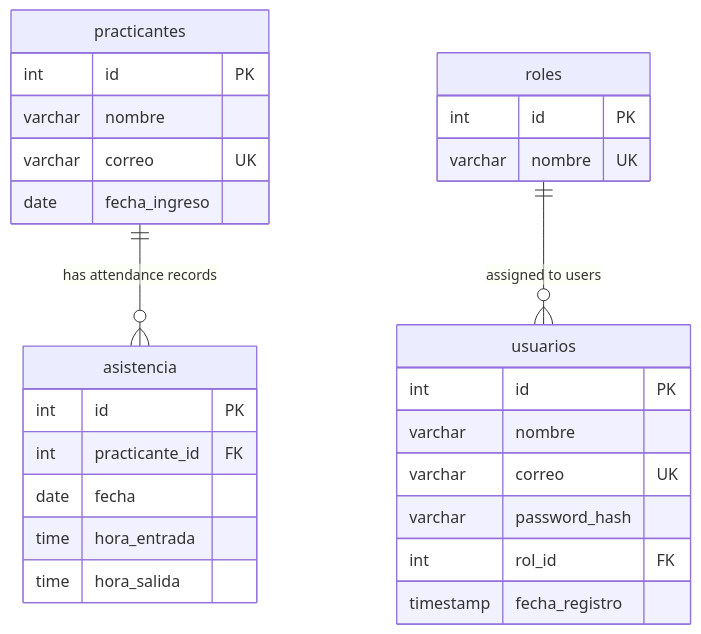
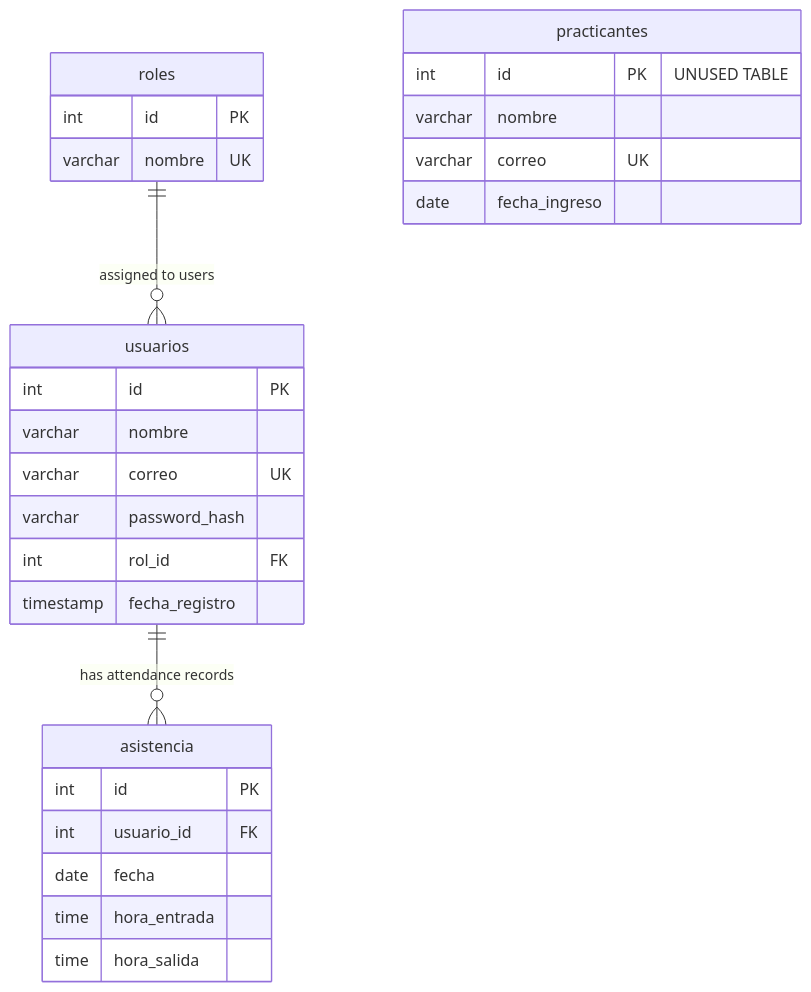
The diagram in database/relationships.mdx (mintlify-atlas/docs-atlas-a2a7917f), drawn with Mermaid before and after one commit. The commit also changed other lines of this file and 8 other files, not shown here.

````diff
--- a/database/relationships.mdx
+++ b/database/relationships.mdx
@@ -12,34 +18,34 @@
 ```mermaid
 erDiagram
-    practicantes ||--o{ asistencia : "has attendance records"
+    usuarios ||--o{ asistencia : "has attendance records"
     roles ||--o{ usuarios : "assigned to users"
     
-    practicantes {
+    usuarios {
         int id PK
         varchar nombre
         varchar correo UK
-        date fecha_ingreso
+        varchar password_hash
+        int rol_id FK
+        timestamp fecha_registro
     }
     
     asistencia {
         int id PK
-        int practicante_id FK
+        int usuario_id FK
         date fecha
         time hora_entrada
         time hora_salida
     }
     
     roles {
         int id PK
         varchar nombre UK
     }
     
-    usuarios {
-        int id PK
+    practicantes {
+        int id PK "UNUSED TABLE"
         varchar nombre
         varchar correo UK
-        varchar password_hash
-        int rol_id FK
-        timestamp fecha_registro
+        date fecha_ingreso
     }
 ```
````
